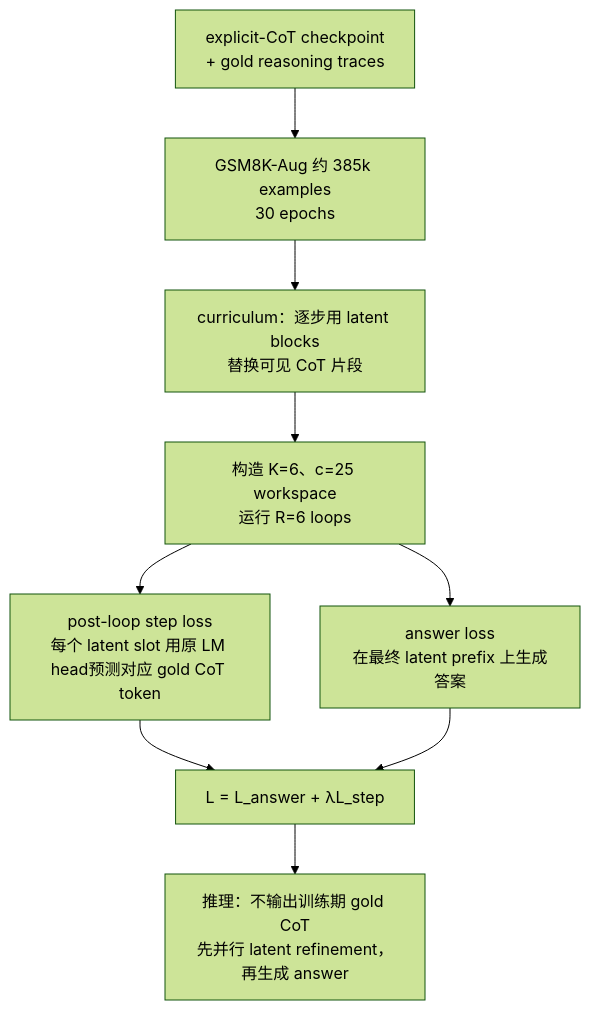
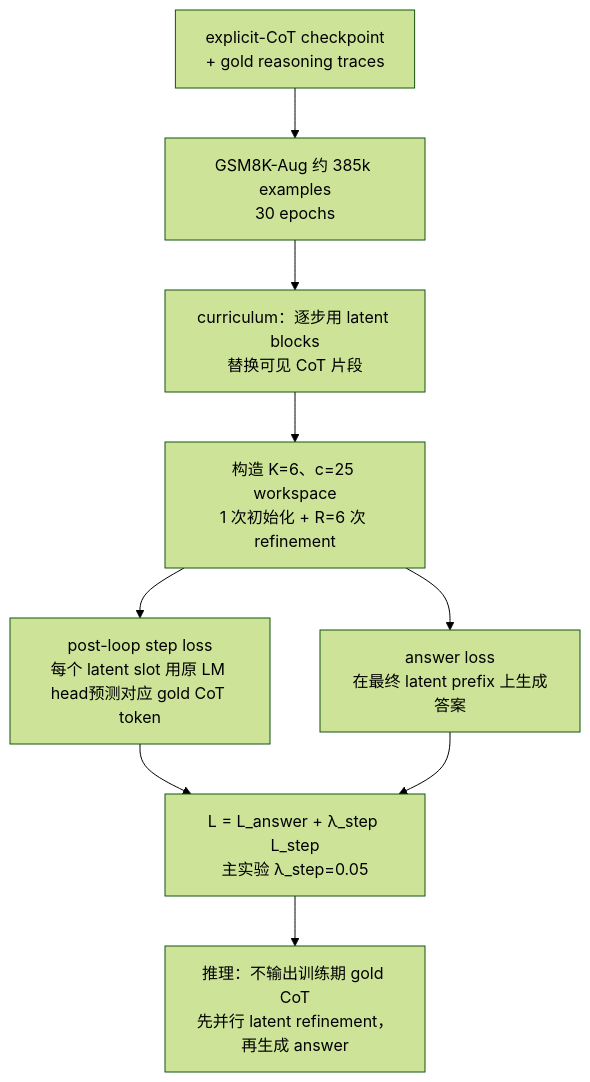
Diagram 12 of 16 in src/data/notes/looped-transformer/looped-transformer-eight-paper-survey.md (J-shang/J-shang.github.io), drawn with Mermaid (forest theme) before and after one commit. The commit also changed other lines of this file and 19 other files, not shown here.

Commit message:
feat: render Looped Transformer Mermaid diagrams

````diff
--- a/src/data/notes/looped-transformer/looped-transformer-eight-paper-survey.md
+++ b/src/data/notes/looped-transformer/looped-transformer-eight-paper-survey.md
@@ -683,11 +691,11 @@
 ```mermaid
 flowchart TD
     Trace["explicit-CoT checkpoint<br/>+ gold reasoning traces"] --> Data["GSM8K-Aug 约 385k examples<br/>30 epochs"]
     Data --> Curr["curriculum：逐步用 latent blocks<br/>替换可见 CoT 片段"]
-    Curr --> Work["构造 K=6、c=25 workspace<br/>运行 R=6 loops"]
+    Curr --> Work["构造 K=6、c=25 workspace<br/>1 次初始化 + R=6 次 refinement"]
     Work --> Step["post-loop step loss<br/>每个 latent slot 用原 LM head预测对应 gold CoT token"]
     Work --> Ans["answer loss<br/>在最终 latent prefix 上生成答案"]
-    Step --> Total["L = L_answer + λL_step"]
+    Step --> Total["L = L_answer + λ_step L_step<br/>主实验 λ_step=0.05"]
     Ans --> Total
     Total --> Deploy["推理：不输出训练期 gold CoT<br/>先并行 latent refinement，再生成 answer"]
 ```
````
